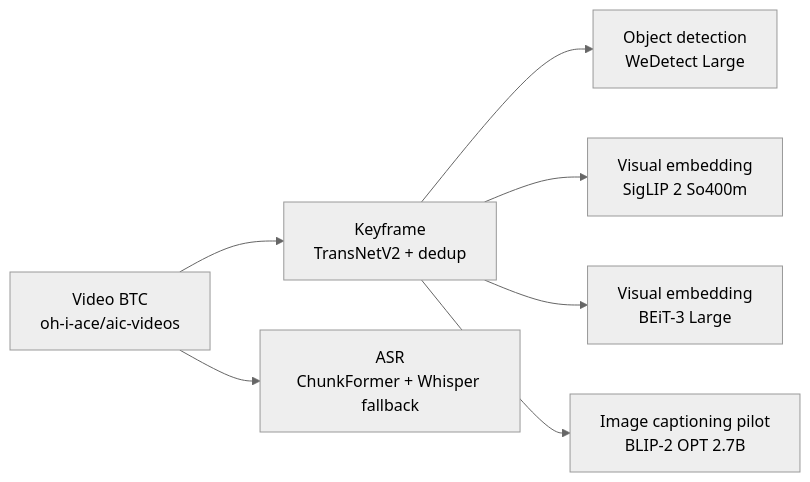
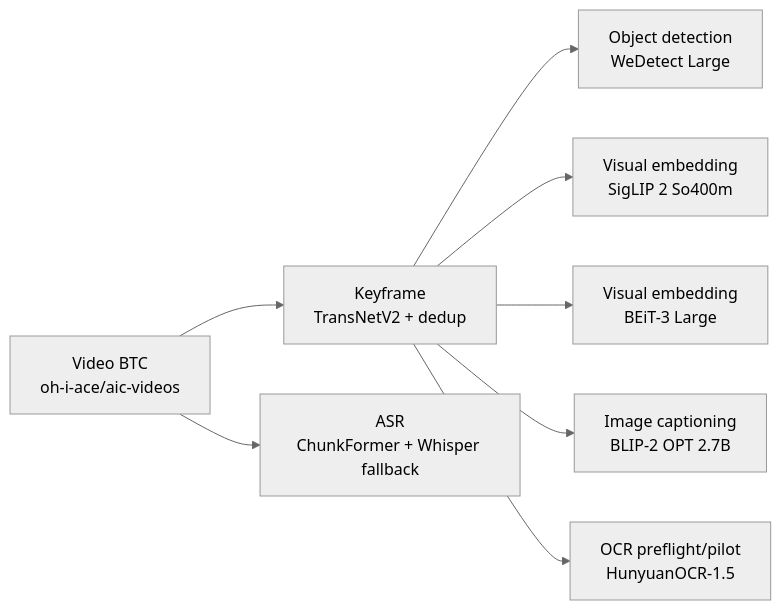
The diagram in README.md (AIVIETNAM-AIO-LeWann/multimedia-video-rag), drawn with Mermaid (neutral theme) before and after one commit. The commit also changed other lines of this file and 5 other files, not shown here.

First line of the commit message:
docs: document captioning completion, OCR notebooks, audit and retrieval

````diff
--- a/README.md
+++ b/README.md
@@ -35,17 +38,19 @@
 ```mermaid
 flowchart LR
     V[Video BTC<br/>oh-i-ace/aic-videos]
     KF[Keyframe<br/>TransNetV2 + dedup]
     ASR[ASR<br/>ChunkFormer + Whisper fallback]
     OD[Object detection<br/>WeDetect Large]
     S[Visual embedding<br/>SigLIP 2 So400m]
     B[Visual embedding<br/>BEiT-3 Large]
-    C[Image captioning pilot<br/>BLIP-2 OPT 2.7B]
+    C[Image captioning<br/>BLIP-2 OPT 2.7B]
+    OCR[OCR preflight/pilot<br/>HunyuanOCR-1.5]
 
     V --> KF
     V --> ASR
     KF --> OD
     KF --> S
     KF --> B
     KF --> C
+    KF --> OCR
 ```
````
